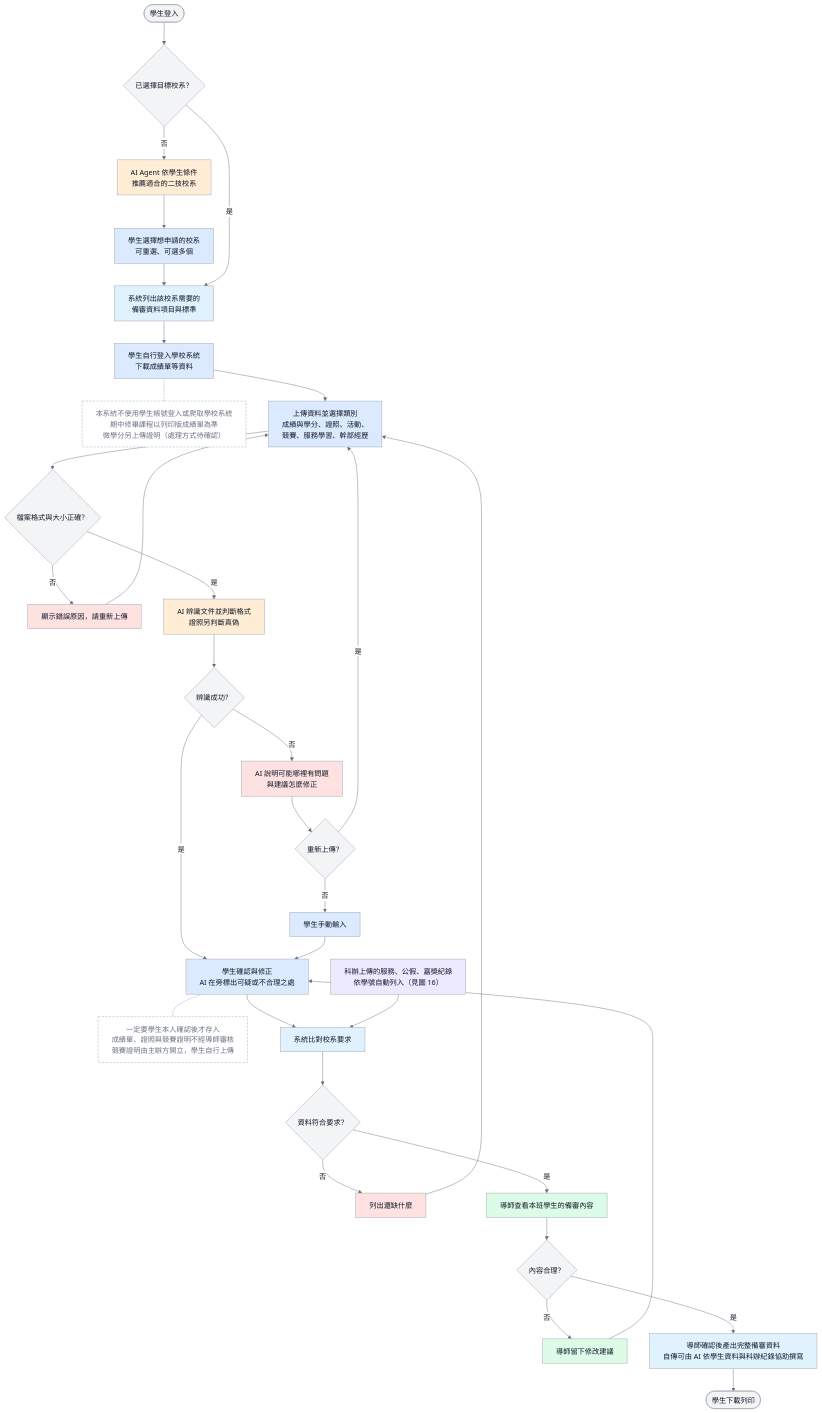
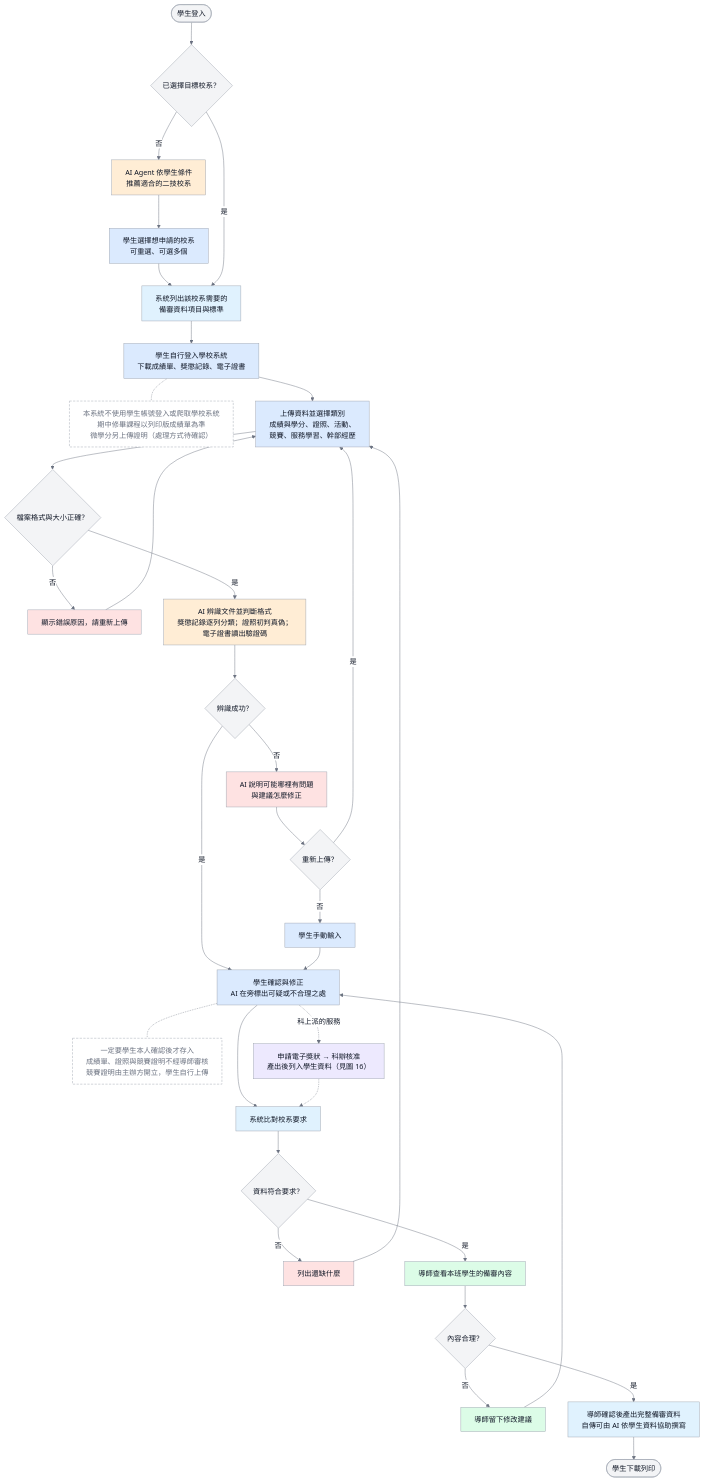
The diagram in docs/images/D-10-main-line-flow.mmd (vujhdcusa/1028), drawn with Mermaid before and after one commit. The commit also changed 33 other files, not shown here.

```diff
--- a/docs/images/D-10-main-line-flow.mmd
+++ b/docs/images/D-10-main-line-flow.mmd
@@ -1,41 +1,42 @@
 %%{init: {'theme':'base','themeVariables': {'fontFamily':'Microsoft JhengHei, Noto Sans TC, Arial, sans-serif','primaryColor':'#F3F4F6','primaryTextColor':'#111827','primaryBorderColor':'#9CA3AF','lineColor':'#6B7280','edgeLabelBackground':'#FFFFFF'},'flowchart':{'wrappingWidth':400}}}%%
 flowchart TD
     classDef student fill:#DBEAFE,stroke:#9CA3AF,color:#111827,stroke-width:1px;
     classDef system fill:#E0F2FE,stroke:#9CA3AF,color:#111827,stroke-width:1px;
     classDef teacher fill:#DCFCE7,stroke:#9CA3AF,color:#111827,stroke-width:1px;
     classDef staff fill:#EDE9FE,stroke:#9CA3AF,color:#111827,stroke-width:1px;
     classDef ai fill:#FFEDD5,stroke:#9CA3AF,color:#111827,stroke-width:1px;
     classDef alert fill:#FEE2E2,stroke:#9CA3AF,color:#111827,stroke-width:1px;
     classDef note fill:#FFFFFF,stroke:#9CA3AF,color:#6B7280,stroke-width:1px,stroke-dasharray:5 3;
 
     Start([學生登入]) --> HasTarget{已選擇目標校系？}
     HasTarget -- 否 --> Recommend[AI Agent 依學生條件<br/>推薦適合的二技校系]:::ai
     Recommend --> Choose[學生選擇想申請的校系<br/>可重選、可選多個]:::student
     Choose --> Req
     HasTarget -- 是 --> Req[系統列出該校系需要的<br/>備審資料項目與標準]:::system
-    Req --> Download[學生自行登入學校系統<br/>下載成績單等資料]:::student
+    Req --> Download[學生自行登入學校系統<br/>下載成績單、獎懲記錄、電子證書]:::student
     Download -.- Note1[本系統不使用學生帳號登入或爬取學校系統<br/>期中修畢課程以列印版成績單為準<br/>微學分另上傳證明（處理方式待確認）]:::note
     Download --> Upload[上傳資料並選擇類別<br/>成績與學分、證照、活動、<br/>競賽、服務學習、幹部經歷]:::student
     Upload --> FileOK{檔案格式與大小正確？}
     FileOK -- 否 --> FileErr[顯示錯誤原因，請重新上傳]:::alert
     FileErr --> Upload
-    FileOK -- 是 --> Extract[AI 辨識文件並判斷格式<br/>證照另判斷真偽]:::ai
+    FileOK -- 是 --> Extract[AI 辨識文件並判斷格式<br/>獎懲記錄逐列分類；證照初判真偽；<br/>電子證書讀出驗證碼]:::ai
     Extract --> Recognized{辨識成功？}
     Recognized -- 否 --> Explain[AI 說明可能哪裡有問題<br/>與建議怎麼修正]:::alert
     Explain --> Retry{重新上傳？}
     Retry -- 是 --> Upload
     Retry -- 否 --> Manual[學生手動輸入]:::student
     Recognized -- 是 --> Confirm[學生確認與修正<br/>AI 在旁標出可疑或不合理之處]:::student
     Manual --> Confirm
     Confirm -.- Note2[一定要學生本人確認後才存入<br/>成績單、證照與競賽證明不經導師審核<br/>競賽證明由主辦方開立，學生自行上傳]:::note
     Confirm --> Compare[系統比對校系要求]:::system
-    StaffRec[科辦上傳的服務、公假、嘉獎紀錄<br/>依學號自動列入（見圖 16）]:::staff --> Compare
+    Confirm -.科上派的服務.-> StaffRec[申請電子獎狀 → 科辦核准<br/>產出後列入學生資料（見圖 16）]:::staff
+    StaffRec -.-> Compare
     Compare --> Enough{資料符合要求？}
     Enough -- 否 --> Missing[列出還缺什麼]:::alert
     Missing --> Upload
     Enough -- 是 --> Teacher[導師查看本班學生的備審內容]:::teacher
     Teacher --> Reasonable{內容合理？}
     Reasonable -- 否 --> Advice[導師留下修改建議]:::teacher
     Advice --> Confirm
-    Reasonable -- 是 --> Output[導師確認後產出完整備審資料<br/>自傳可由 AI 依學生資料與科辦紀錄協助撰寫]:::system
+    Reasonable -- 是 --> Output[導師確認後產出完整備審資料<br/>自傳可由 AI 依學生資料協助撰寫]:::system
     Output --> Print([學生下載列印])
```
